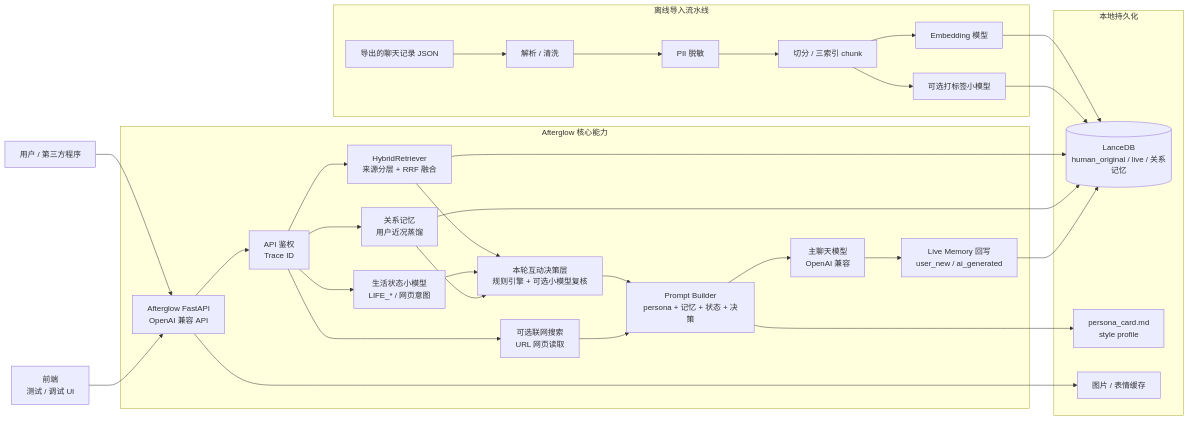
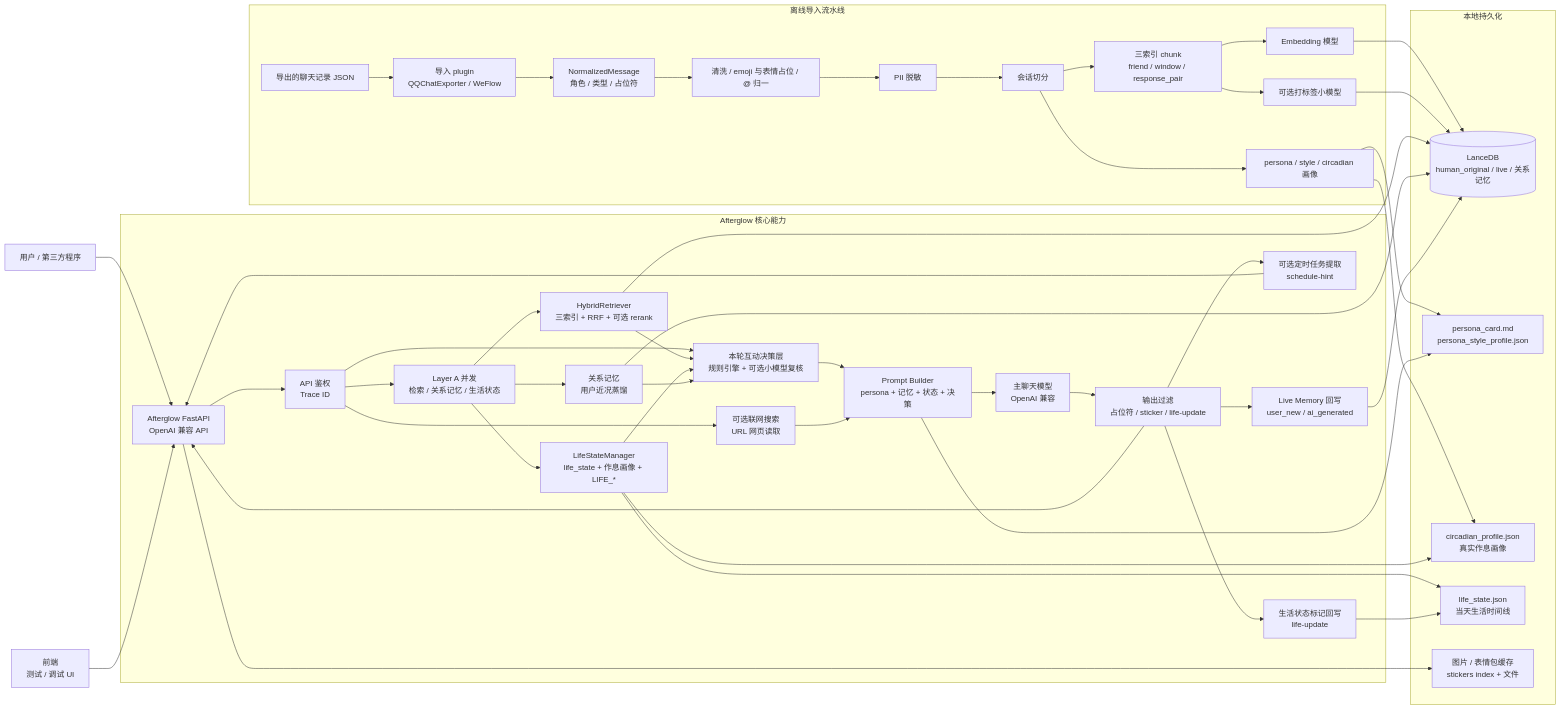
One commit to GuDong2003/Afterglow changed the first of 2 diagrams in README.md. Above: the diagram before and after it, drawn with Mermaid. The commit also changed other lines of this file and 2 other files, not shown here.

Commit message:
优化MD文档

````diff
--- a/README.md
+++ b/README.md
@@ -149,42 +150,60 @@
 ```mermaid
 flowchart LR
   User["用户 / 第三方程序"] --> API["Afterglow FastAPI<br/>OpenAI 兼容 API"]
   前端["前端<br/>测试 / 调试 UI"] --> API
 
   subgraph Afterglow["Afterglow 核心能力"]
     API --> Auth["API 鉴权<br/>Trace ID"]
-    Auth --> Retrieve["HybridRetriever<br/>来源分层 + RRF 融合"]
-    Auth --> Life["生活状态小模型<br/>LIFE_* / 网页意图"]
-    Auth --> Relationship["关系记忆<br/>用户近况蒸馏"]
+    Auth --> LayerA["Layer A 并发<br/>检索 / 关系记忆 / 生活状态"]
+    LayerA --> Retrieve["HybridRetriever<br/>三索引 + RRF + 可选 rerank"]
+    LayerA --> Life["LifeStateManager<br/>life_state + 作息画像 + LIFE_*"]
+    LayerA --> Relationship["关系记忆<br/>用户近况蒸馏"]
+    Auth --> Policy["本轮互动决策层<br/>规则引擎 + 可选小模型复核"]
     Auth --> Web["可选联网搜索<br/>URL 网页读取"]
-    Retrieve --> Policy["本轮互动决策层<br/>规则引擎 + 可选小模型复核"]
+    Retrieve --> Policy
     Life --> Policy
     Relationship --> Policy
     Policy --> Prompt["Prompt Builder<br/>persona + 记忆 + 状态 + 决策"]
     Web --> Prompt
     Prompt --> ChatLLM["主聊天模型<br/>OpenAI 兼容"]
-    ChatLLM --> Writeback["Live Memory 回写<br/>user_new / ai_generated"]
+    ChatLLM --> Filter["输出过滤<br/>占位符 / sticker / life-update"]
+    Filter --> API
+    Filter --> Writeback["Live Memory 回写<br/>user_new / ai_generated"]
+    Filter --> Schedule["可选定时任务提取<br/>schedule-hint"]
+    Filter --> LifePatch["生活状态标记回写<br/>life-update"]
   end
 
   subgraph Ingestion["离线导入流水线"]
-    message["导出的聊天记录 JSON"] --> Parse["解析 / 清洗"]
-    Parse --> Redact["PII 脱敏"]
-    Redact --> Chunk["切分 / 三索引 chunk"]
+    message["导出的聊天记录 JSON"] --> Plugin["导入 plugin<br/>QQChatExporter / WeFlow"]
+    Plugin --> Normalize["NormalizedMessage<br/>角色 / 类型 / 占位符"]
+    Normalize --> Clean["清洗 / emoji 与表情占位 / @ 归一"]
+    Clean --> Redact["PII 脱敏"]
+    Redact --> Split["会话切分"]
+    Split --> Chunk["三索引 chunk<br/>friend / window / response_pair"]
     Chunk --> Embed["Embedding 模型"]
     Chunk --> Label["可选打标签小模型"]
+    Split --> PersonaBuild["persona / style / circadian 画像"]
   end
 
   subgraph Storage["本地持久化"]
     Lance[(LanceDB<br/>human_original / live / 关系记忆)]
-    Persona["persona_card.md<br/>style profile"]
-    Assets["图片 / 表情缓存"]
+    Persona["persona_card.md<br/>persona_style_profile.json"]
+    Circadian["circadian_profile.json<br/>真实作息画像"]
+    LifeFile["life_state.json<br/>当天生活时间线"]
+    Assets["图片 / 表情包缓存<br/>stickers index + 文件"]
   end
 
   Embed --> Lance
   Label --> Lance
+  PersonaBuild --> Persona
+  PersonaBuild --> Circadian
   Retrieve --> Lance
   Relationship --> Lance
   Prompt --> Persona
+  Life --> Circadian
+  Life --> LifeFile
+  LifePatch --> LifeFile
   Writeback --> Lance
+  Schedule --> API
   API --> Assets
 ```
````
